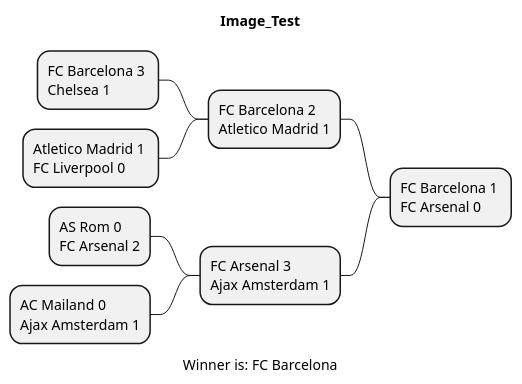
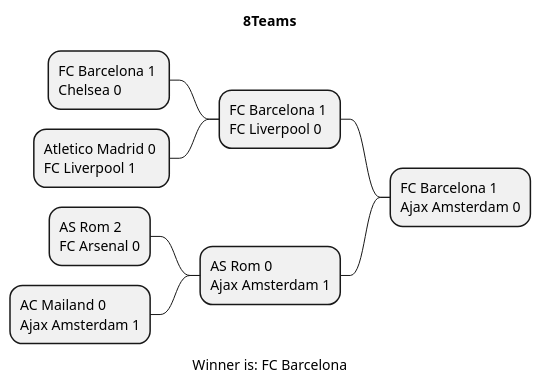
Before and after one commit to htl-leonding-project/2022-4ahif-autohaus: the diagram in asciidocs/plantuml/Result.puml, drawn with PlantUML. The commit also changed 69 other files, not shown here.

```diff
--- a/asciidocs/plantuml/Result.puml
+++ b/asciidocs/plantuml/Result.puml
@@ -1,18 +1,18 @@
-@startmindmap Image_Test.png
-title Image_Test
+@startmindmap 8Teams.png
+title 8Teams
 
-- FC Barcelona 1 \nFC Arsenal 0
+- FC Barcelona 1 \nAjax Amsterdam 0
 
--- FC Barcelona 2 \nAtletico Madrid 1
+-- FC Barcelona 1 \nFC Liverpool 0
 
---- FC Barcelona 3 \nChelsea 1
+--- FC Barcelona 1 \nChelsea 0
 
---- Atletico Madrid 1 \nFC Liverpool 0
+--- Atletico Madrid 0 \nFC Liverpool 1
 
--- FC Arsenal 3 \nAjax Amsterdam 1
+-- AS Rom 0 \nAjax Amsterdam 1
 
---- AS Rom 0 \nFC Arsenal 2
+--- AS Rom 2 \nFC Arsenal 0
 
 --- AC Mailand 0 \nAjax Amsterdam 1
 caption Winner is: FC Barcelona
 @endmindmap
```
